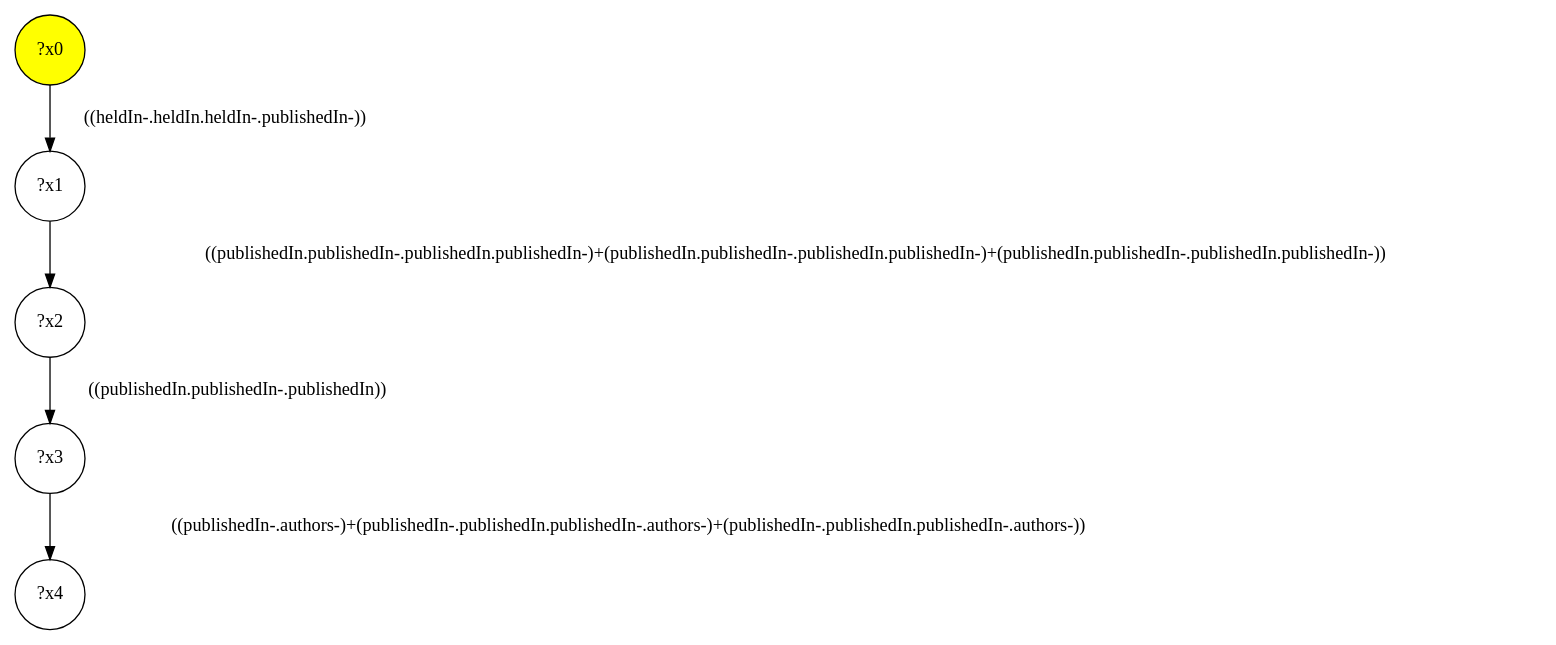
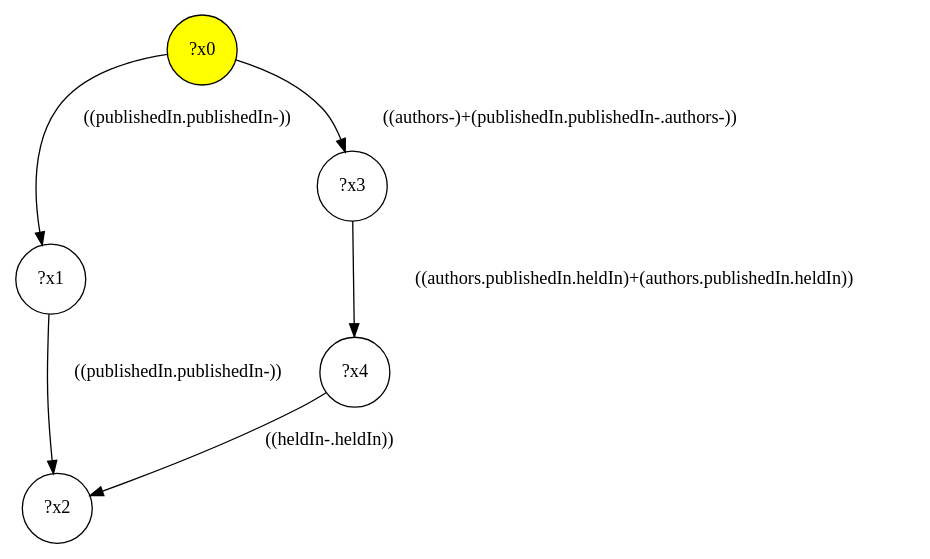
One commit to gbagan/gmark changed the diagram in src/queryinterface/interface-queries/query-48.dot. Above: the diagram before and after it, drawn with Graphviz. The commit also changed 150 other files, not shown here.

```diff
--- a/src/queryinterface/interface-queries/query-48.dot
+++ b/src/queryinterface/interface-queries/query-48.dot
@@ -1,11 +1,12 @@
 digraph g {
 	x0 [fillcolor="yellow", style="filled," shape=circle, label="?x0"];
 	x1 [shape=circle, label="?x1"];
-	x0 -> x1 [label="((heldIn-.heldIn.heldIn-.publishedIn-))"];
+	x0 -> x1 [label="((publishedIn.publishedIn-))"];
 	x2 [shape=circle, label="?x2"];
-	x1 -> x2 [label="((publishedIn.publishedIn-.publishedIn.publishedIn-)+(publishedIn.publishedIn-.publishedIn.publishedIn-)+(publishedIn.publishedIn-.publishedIn.publishedIn-))"];
+	x1 -> x2 [label="((publishedIn.publishedIn-))"];
 	x3 [shape=circle, label="?x3"];
-	x2 -> x3 [label="((publishedIn.publishedIn-.publishedIn))"];
+	x0 -> x3 [label="((authors-)+(publishedIn.publishedIn-.authors-))"];
 	x4 [shape=circle, label="?x4"];
-	x3 -> x4 [label="((publishedIn-.authors-)+(publishedIn-.publishedIn.publishedIn-.authors-)+(publishedIn-.publishedIn.publishedIn-.authors-))"];
+	x3 -> x4 [label="((authors.publishedIn.heldIn)+(authors.publishedIn.heldIn))"];
+	x4 -> x2 [label="((heldIn-.heldIn))"];
 }
```
